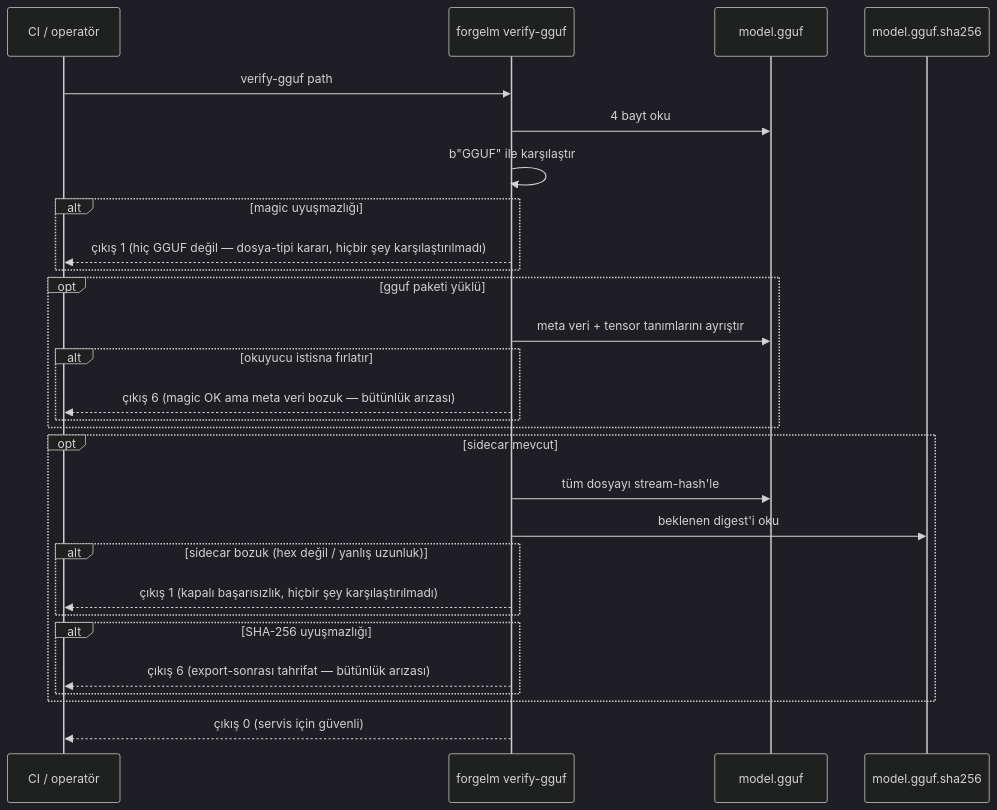
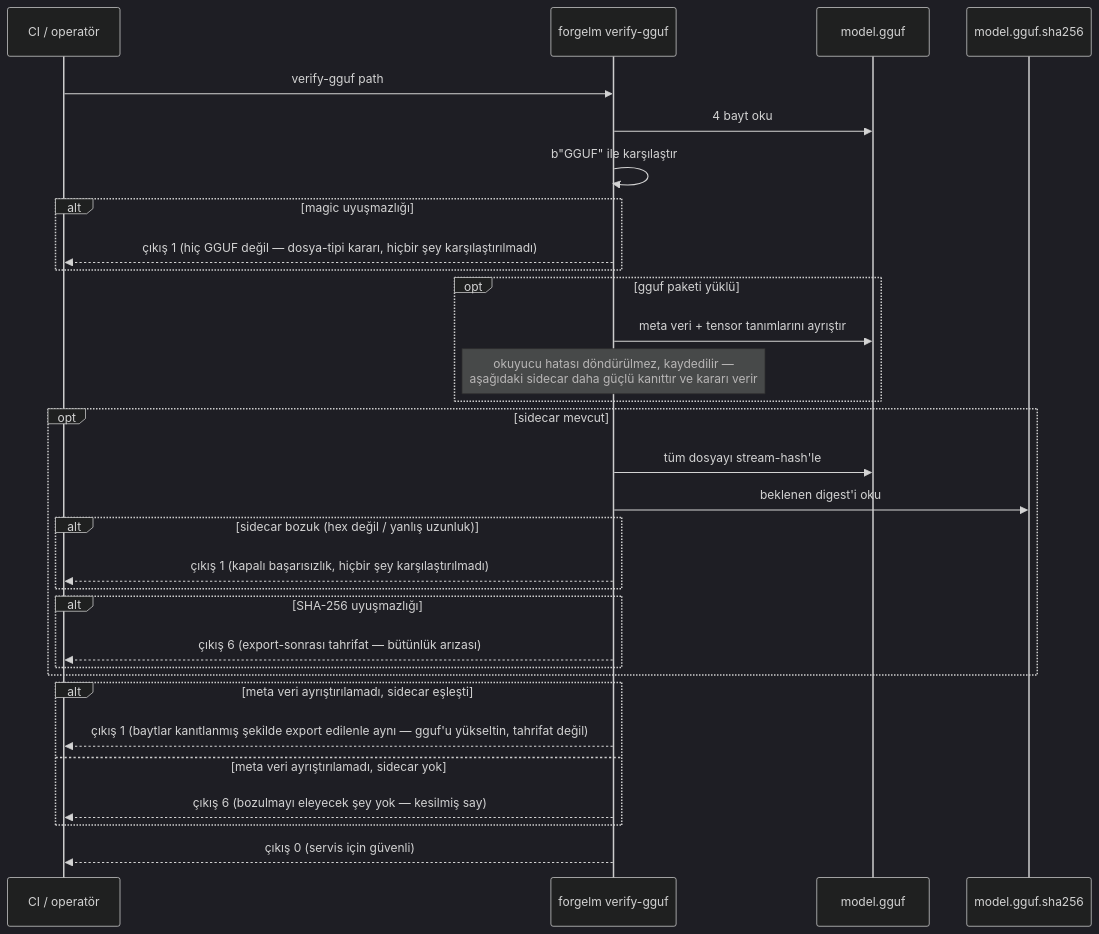
The diagram in docs/usermanuals/tr/deployment/verify-gguf.md (HodeTech/ForgeLM), drawn with Mermaid (dark theme) before and after one commit. The commit also changed other lines of this file and 34 other files, not shown here.

````diff
--- a/docs/usermanuals/tr/deployment/verify-gguf.md
+++ b/docs/usermanuals/tr/deployment/verify-gguf.md
@@ -19,31 +19,34 @@
 ```mermaid
 sequenceDiagram
     participant CI as CI / operatör
     participant Verify as forgelm verify-gguf
     participant File as model.gguf
     participant Sidecar as model.gguf.sha256
 
     CI->>Verify: verify-gguf path
     Verify->>File: 4 bayt oku
     Verify->>Verify: b"GGUF" ile karşılaştır
     alt magic uyuşmazlığı
         Verify-->>CI: çıkış 1 (hiç GGUF değil — dosya-tipi kararı, hiçbir şey karşılaştırılmadı)
     end
     opt gguf paketi yüklü
         Verify->>File: meta veri + tensor tanımlarını ayrıştır
-        alt okuyucu istisna fırlatır
-            Verify-->>CI: çıkış 6 (magic OK ama meta veri bozuk — bütünlük arızası)
-        end
+        Note over Verify: okuyucu hatası döndürülmez, kaydedilir —<br/>aşağıdaki sidecar daha güçlü kanıttır ve kararı verir
     end
     opt sidecar mevcut
         Verify->>File: tüm dosyayı stream-hash'le
         Verify->>Sidecar: beklenen digest'i oku
         alt sidecar bozuk (hex değil / yanlış uzunluk)
             Verify-->>CI: çıkış 1 (kapalı başarısızlık, hiçbir şey karşılaştırılmadı)
         end
         alt SHA-256 uyuşmazlığı
             Verify-->>CI: çıkış 6 (export-sonrası tahrifat — bütünlük arızası)
         end
     end
+    alt meta veri ayrıştırılamadı, sidecar eşleşti
+        Verify-->>CI: çıkış 1 (baytlar kanıtlanmış şekilde export edilenle aynı — gguf'u yükseltin, tahrifat değil)
+    else meta veri ayrıştırılamadı, sidecar yok
+        Verify-->>CI: çıkış 6 (bozulmayı eleyecek şey yok — kesilmiş say)
+    end
     Verify-->>CI: çıkış 0 (servis için güvenli)
 ```
````
